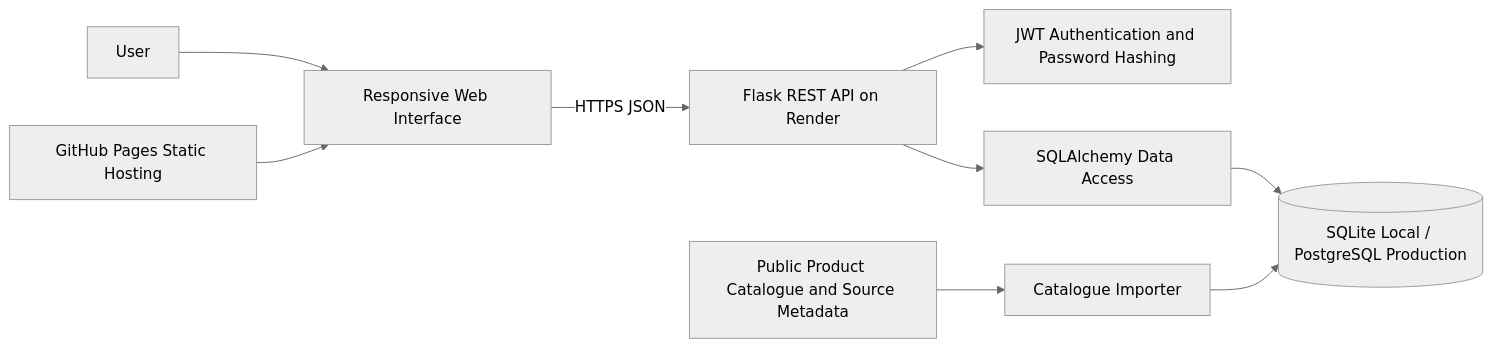
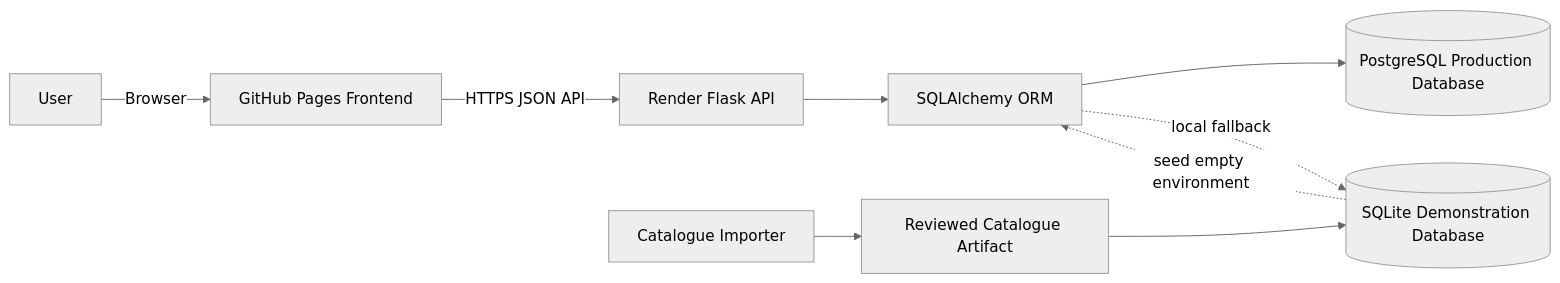
Before and after one commit to Chu-Junjie/CP3407-PROJECT: the first of 7 diagrams in docs/v3-design-and-architecture.md, drawn with Mermaid (neutral theme). The commit also changed other lines of this file, not shown here.

Commit message:
docs: prepare submission-ready V3 architecture record

````diff
--- a/docs/v3-design-and-architecture.md
+++ b/docs/v3-design-and-architecture.md
@@ -47,21 +16,11 @@
 ```mermaid
 flowchart LR
-    User[User]
-    Browser[Responsive Web Interface]
-    Pages[GitHub Pages Static Hosting]
-    API[Flask REST API on Render]
-    Auth[JWT Authentication and Password Hashing]
-    ORM[SQLAlchemy Data Access]
-    DB[(SQLite Local / PostgreSQL Production)]
-    Importer[Catalogue Importer]
-    PublicData[Public Product Catalogue and Source Metadata]
-
-    User --> Browser
-    Pages --> Browser
-    Browser -->|HTTPS JSON| API
-    API --> Auth
-    API --> ORM
-    ORM --> DB
-    PublicData --> Importer
-    Importer --> DB
+    U[User] -->|Browser| F[GitHub Pages Frontend]
+    F -->|HTTPS JSON API| A[Render Flask API]
+    A --> O[SQLAlchemy ORM]
+    O --> D[(PostgreSQL Production Database)]
+    O -. local fallback .-> S[(SQLite Demonstration Database)]
+    I[Catalogue Importer] --> C[Reviewed Catalogue Artifact]
+    C --> S
+    S -. seed empty environment .-> O
 ```
````
